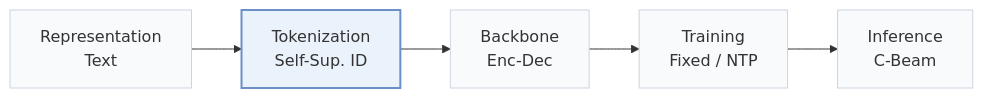
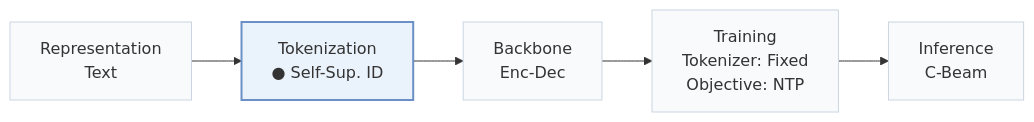
Before and after one commit to Galaxy-ghost/Awesome-SID-Generative-Rec: the first of 2 diagrams in pages/papers/lmindexer.md, drawn with Mermaid. The commit also changed other lines of this file and 558 other files, not shown here.

````diff
--- a/pages/papers/lmindexer.md
+++ b/pages/papers/lmindexer.md
@@ -15,8 +19,8 @@
 ```mermaid
 flowchart LR
-    R["Representation<br/>Text"] --> T["Tokenization<br/>Self-Sup. ID"] --> B["Backbone<br/>Enc-Dec"] --> TR["Training<br/>Fixed / NTP"] --> I["Inference<br/>C-Beam"]
+    R["Representation<br/>Text"] --> T["Tokenization<br/>● Self-Sup. ID"] --> B["Backbone<br/>Enc-Dec"] --> TR["Training<br/>Tokenizer: Fixed<br/>Objective: NTP"] --> I["Inference<br/>C-Beam"]
     classDef base fill:#f8fafc,stroke:#cbd5e1
     class R,T,B,TR,I base
     classDef main fill:#eaf2fb,stroke:#6b8fc7,stroke-width:2px
     class T main
 ```
````
